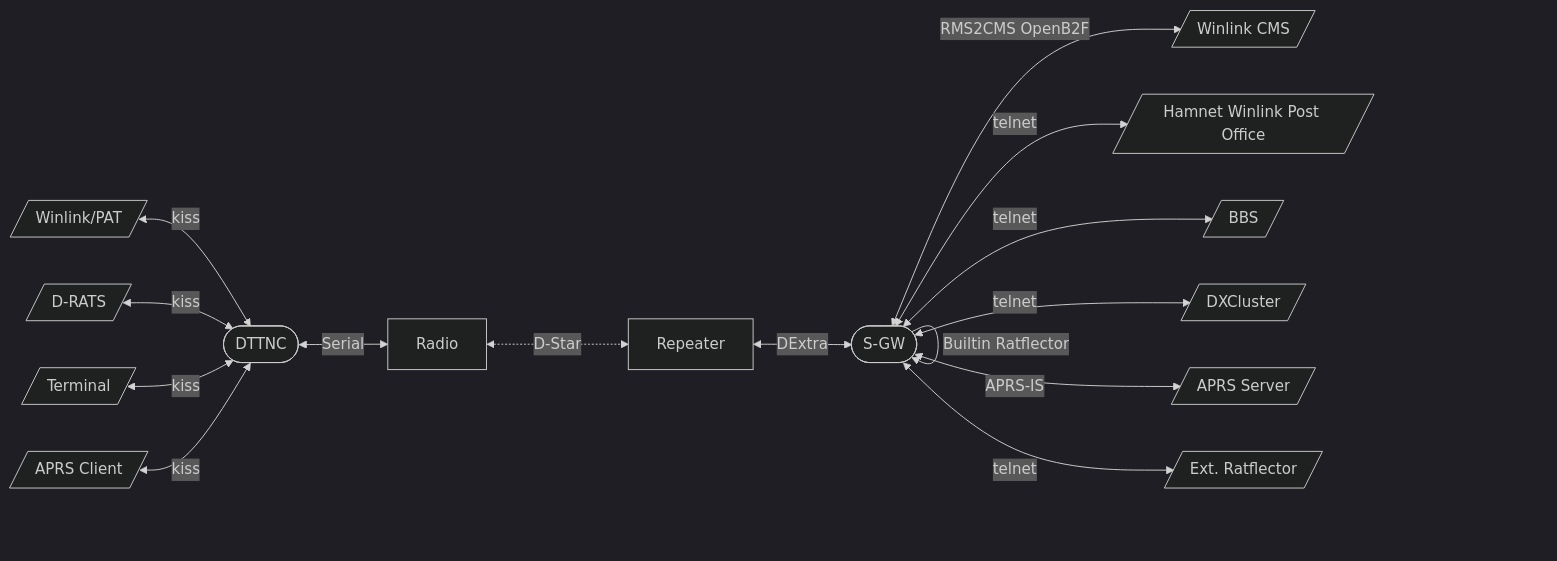
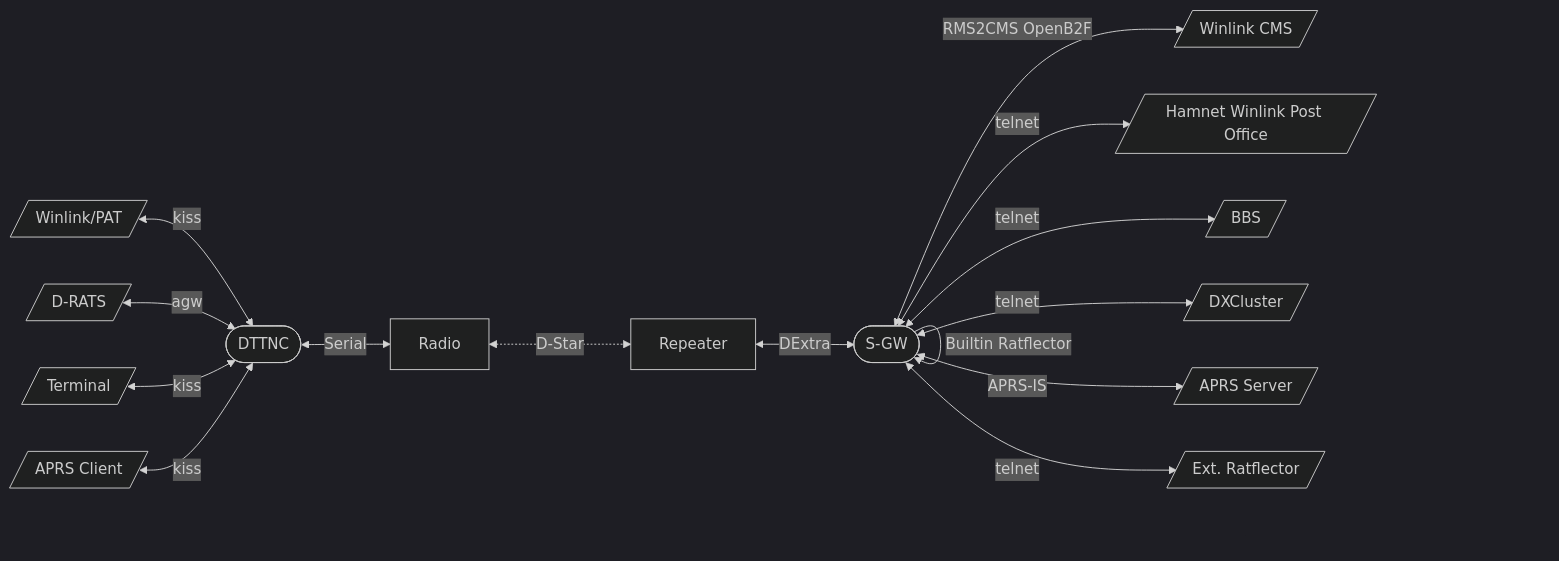
The diagram in README.md (dscp46/dsgw), drawn with Mermaid (dark theme) before and after one commit.

````diff
--- a/README.md
+++ b/README.md
@@ -17,17 +17,17 @@
 ```mermaid
 flowchart LR
     wl2k[/Winlink/PAT/] <-->|kiss| tnc@{ shape: stadium, label: "DTTNC"}
-    rat[/D-RATS/] <-->|kiss| tnc
+    rat[/D-RATS/] <-->|agw| tnc
     term[/Terminal/] <-->|kiss| tnc
     apc[/APRS Client/] <-->|kiss| tnc
     tnc <-->|Serial| radio[Radio]
     radio <-..->|D-Star| rptr[Repeater]
     rptr <-->|DExtra| dsgw@{ shape: stadium, label: "S-GW"}
     dsgw <-->|RMS2CMS OpenB2F| cms[/Winlink CMS/]
     dsgw <-->|telnet| wlpo[/Hamnet Winlink Post Office/]
     dsgw <-->|telnet| bbs[/BBS/]
     dsgw <-->|telnet| dxc[/DXCluster/]
     dsgw <-->|APRS-IS| abk[/APRS Server/]
     dsgw <--> |telnet| rfl[/Ext. Ratflector/]
     dsgw --> |Builtin Ratflector| dsgw
 ```
````
